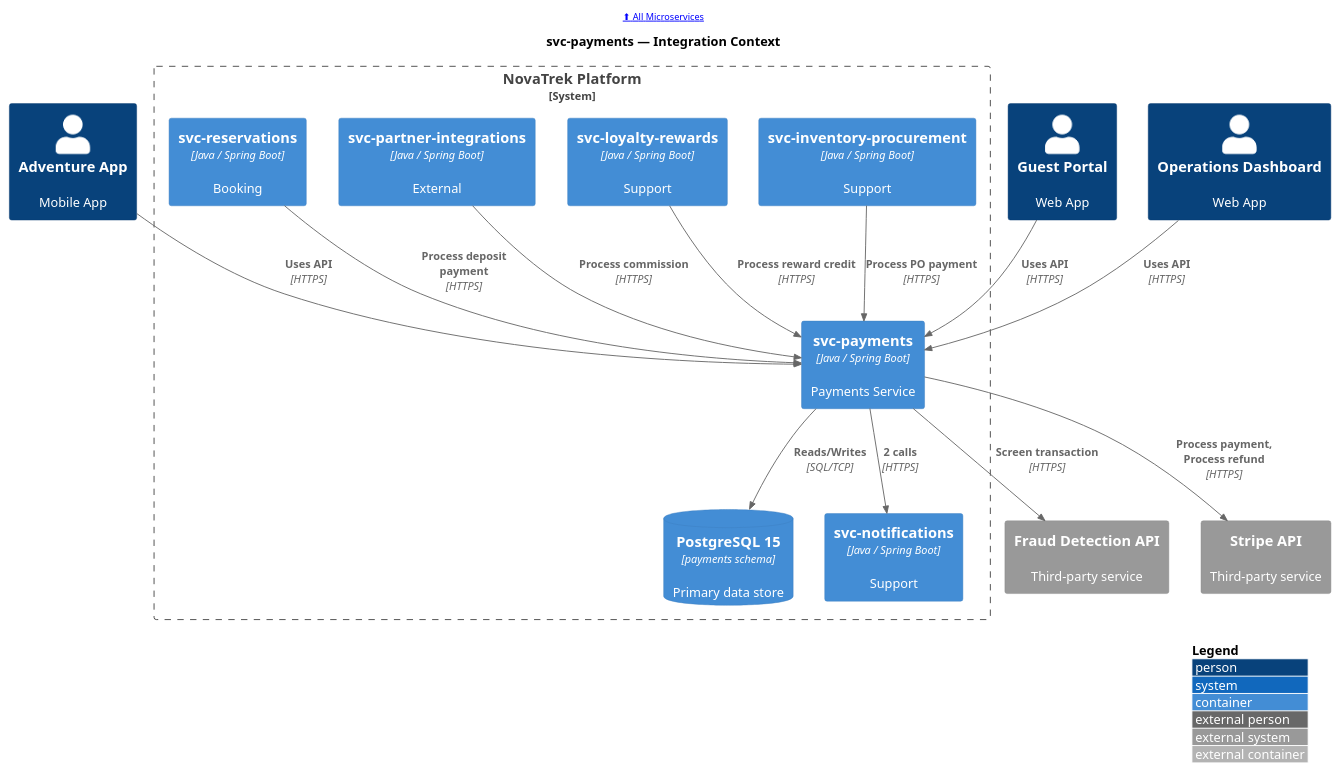
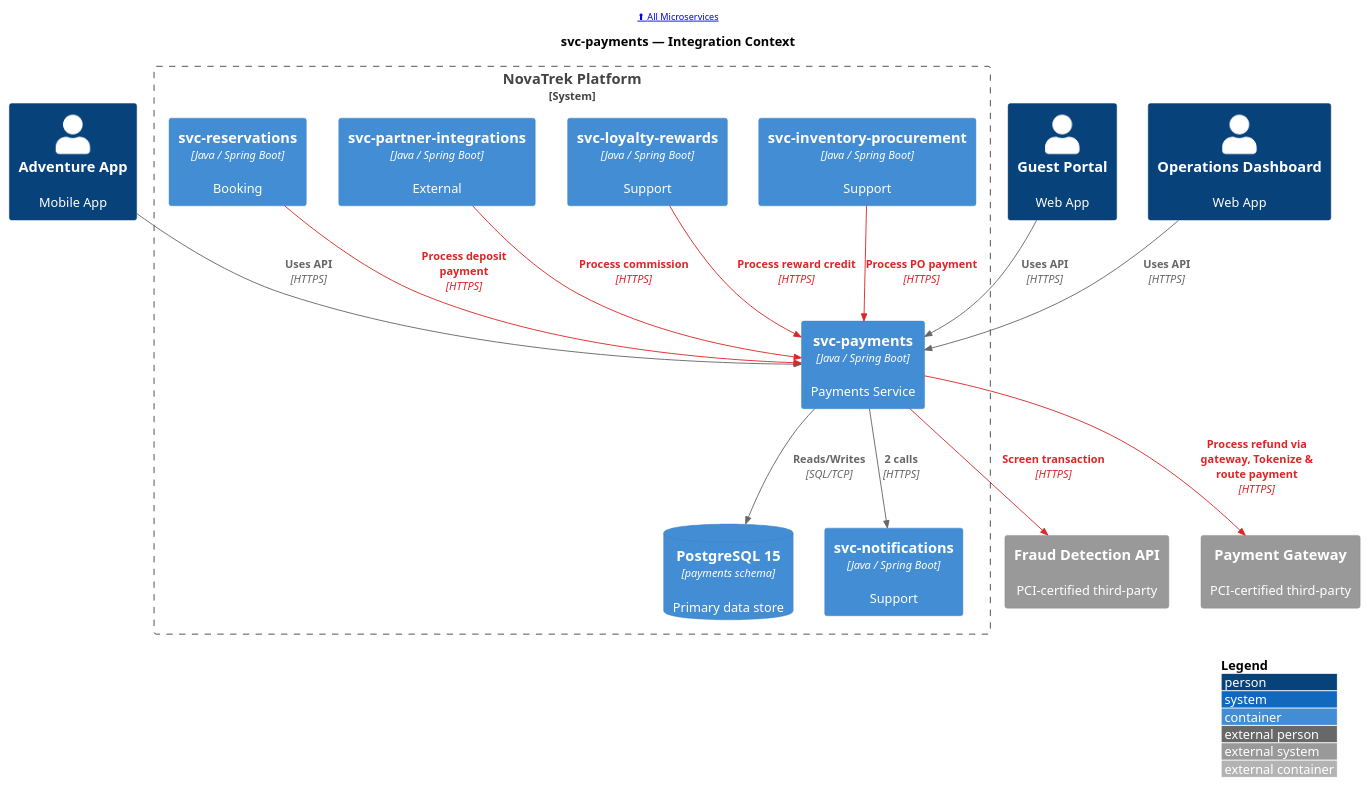
Before and after one commit to christopherblaisdell/continuous-architecture-platform-poc: the diagram in portal/docs/microservices/puml/svc-payments--c4-context.puml, drawn with PlantUML. The commit also changed 60 other files, not shown here.

First line of the commit message:
PCI DSS compliance zone with Payment Gateway and red data flow lines

```diff
--- a/portal/docs/microservices/puml/svc-payments--c4-context.puml
+++ b/portal/docs/microservices/puml/svc-payments--c4-context.puml
@@ -1,40 +1,42 @@
 @startuml
 !include <c4/C4_Container>
 
 LAYOUT_WITH_LEGEND()
 LAYOUT_TOP_DOWN()
+
+AddRelTag("pci", $lineColor="#DC2626", $textColor="#DC2626", $legendText="PCI Data Flow")
 
 header [[/microservices/ ⬆ All Microservices]]
 
 title svc-payments — Integration Context
 
 Person(app_guest_mobile, "Adventure App", "Mobile App", $link="/applications/app-guest-mobile/#service-dependencies")
 Person(web_guest_portal, "Guest Portal", "Web App", $link="/applications/web-guest-portal/#service-dependencies")
 Person(web_ops_dashboard, "Operations Dashboard", "Web App", $link="/applications/web-ops-dashboard/#service-dependencies")
 
 System_Boundary(boundary, "NovaTrek Platform") {
     Container(svc_payments, "svc-payments", "Java / Spring Boot", "Payments Service", $link="/microservices/svc-payments/")
     ContainerDb(svc_payments_db, "PostgreSQL 15", "payments schema", "Primary data store", $link="/microservices/svc-payments/#data-store")
     Container(svc_inventory_procurement, "svc-inventory-procurement", "Java / Spring Boot", "Support", $link="/microservices/svc-inventory-procurement/#integration-context")
     Container(svc_loyalty_rewards, "svc-loyalty-rewards", "Java / Spring Boot", "Support", $link="/microservices/svc-loyalty-rewards/#integration-context")
     Container(svc_partner_integrations, "svc-partner-integrations", "Java / Spring Boot", "External", $link="/microservices/svc-partner-integrations/#integration-context")
     Container(svc_reservations, "svc-reservations", "Java / Spring Boot", "Booking", $link="/microservices/svc-reservations/#integration-context")
     Container(svc_notifications, "svc-notifications", "Java / Spring Boot", "Support", $link="/microservices/svc-notifications/#integration-context")
 }
 
-System_Ext(Fraud_Detection_API, "Fraud Detection API", "Third-party service")
-System_Ext(Stripe_API, "Stripe API", "Third-party service")
+System_Ext(Fraud_Detection_API, "Fraud Detection API", "PCI-certified third-party")
+System_Ext(Payment_Gateway, "Payment Gateway", "PCI-certified third-party")
 
 Rel(app_guest_mobile, svc_payments, "Uses API", "HTTPS")
 Rel(web_guest_portal, svc_payments, "Uses API", "HTTPS")
 Rel(web_ops_dashboard, svc_payments, "Uses API", "HTTPS")
-Rel(svc_inventory_procurement, svc_payments, "Process PO payment", "HTTPS")
-Rel(svc_loyalty_rewards, svc_payments, "Process reward credit", "HTTPS")
-Rel(svc_partner_integrations, svc_payments, "Process commission", "HTTPS")
-Rel(svc_reservations, svc_payments, "Process deposit payment", "HTTPS")
+Rel(svc_inventory_procurement, svc_payments, "Process PO payment", "HTTPS", $tags="pci")
+Rel(svc_loyalty_rewards, svc_payments, "Process reward credit", "HTTPS", $tags="pci")
+Rel(svc_partner_integrations, svc_payments, "Process commission", "HTTPS", $tags="pci")
+Rel(svc_reservations, svc_payments, "Process deposit payment", "HTTPS", $tags="pci")
 Rel(svc_payments, svc_payments_db, "Reads/Writes", "SQL/TCP")
 Rel(svc_payments, svc_notifications, "2 calls", "HTTPS")
-Rel(svc_payments, Fraud_Detection_API, "Screen transaction", "HTTPS")
-Rel(svc_payments, Stripe_API, "Process payment, Process refund", "HTTPS")
+Rel(svc_payments, Fraud_Detection_API, "Screen transaction", "HTTPS", $tags="pci")
+Rel(svc_payments, Payment_Gateway, "Process refund via gateway, Tokenize & route payment", "HTTPS", $tags="pci")
 
 @enduml
```
